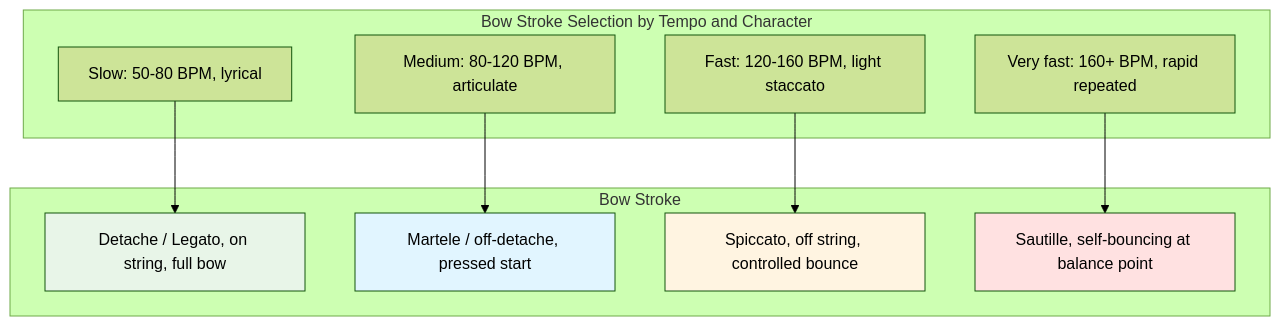
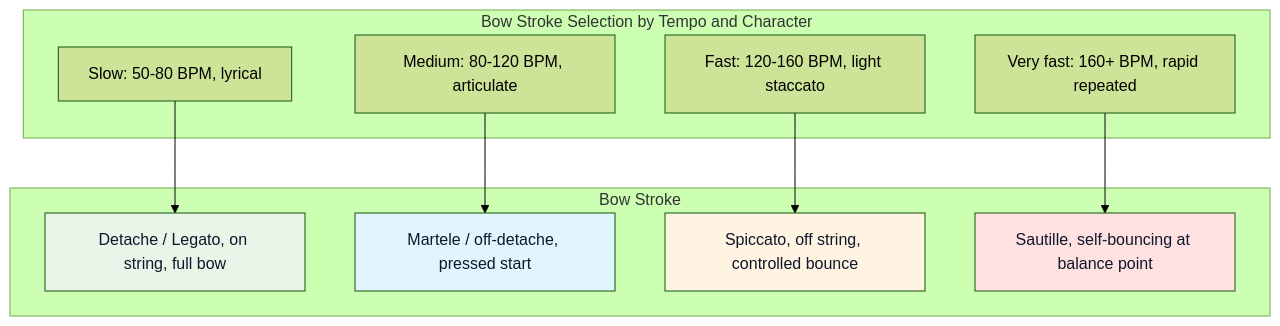
Before and after one commit to blebleblee/synapse: the fifth of 8 diagrams in topics/arts/music_performance/strings/lesson_01_string_techniques.md, drawn with Mermaid (forest theme). The commit also changed other lines of this file and 1464 other files, not shown here.

Commit message:
feat(release): curriculum vector mermaid upgrade, render hardening, and master synpack

````diff
--- a/topics/arts/music_performance/strings/lesson_01_string_techniques.md
+++ b/topics/arts/music_performance/strings/lesson_01_string_techniques.md
@@ -484,26 +484,26 @@
 ```mermaid
 flowchart TD
     subgraph sub_bow ["Bow Stroke Selection by Tempo and Character"]
         T1["Slow: 50-80 BPM, lyrical"]
         T2["Medium: 80-120 BPM, articulate"]
         T3["Fast: 120-160 BPM, light staccato"]
         T4["Very fast: 160+ BPM, rapid repeated"]
     end
 
     subgraph sub_stroke ["Bow Stroke"]
         S1["Detache / Legato, on string, full bow"]
         S2["Martele / off-detache, pressed start"]
         S3["Spiccato, off string, controlled bounce"]
         S4["Sautille, self-bouncing at balance point"]
     end
 
     T1 --> S1
     T2 --> S2
     T3 --> S3
     T4 --> S4
 
-    style S1 fill:#e8f5e8
-    style S2 fill:#e1f5ff
-    style S3 fill:#fff4e1
-    style S4 fill:#ffe1e1
+    style S1 fill:#e8f5e8,color:#0f172a
+    style S2 fill:#e1f5ff,color:#0f172a
+    style S3 fill:#fff4e1,color:#0f172a
+    style S4 fill:#ffe1e1,color:#0f172a
 ```
````
